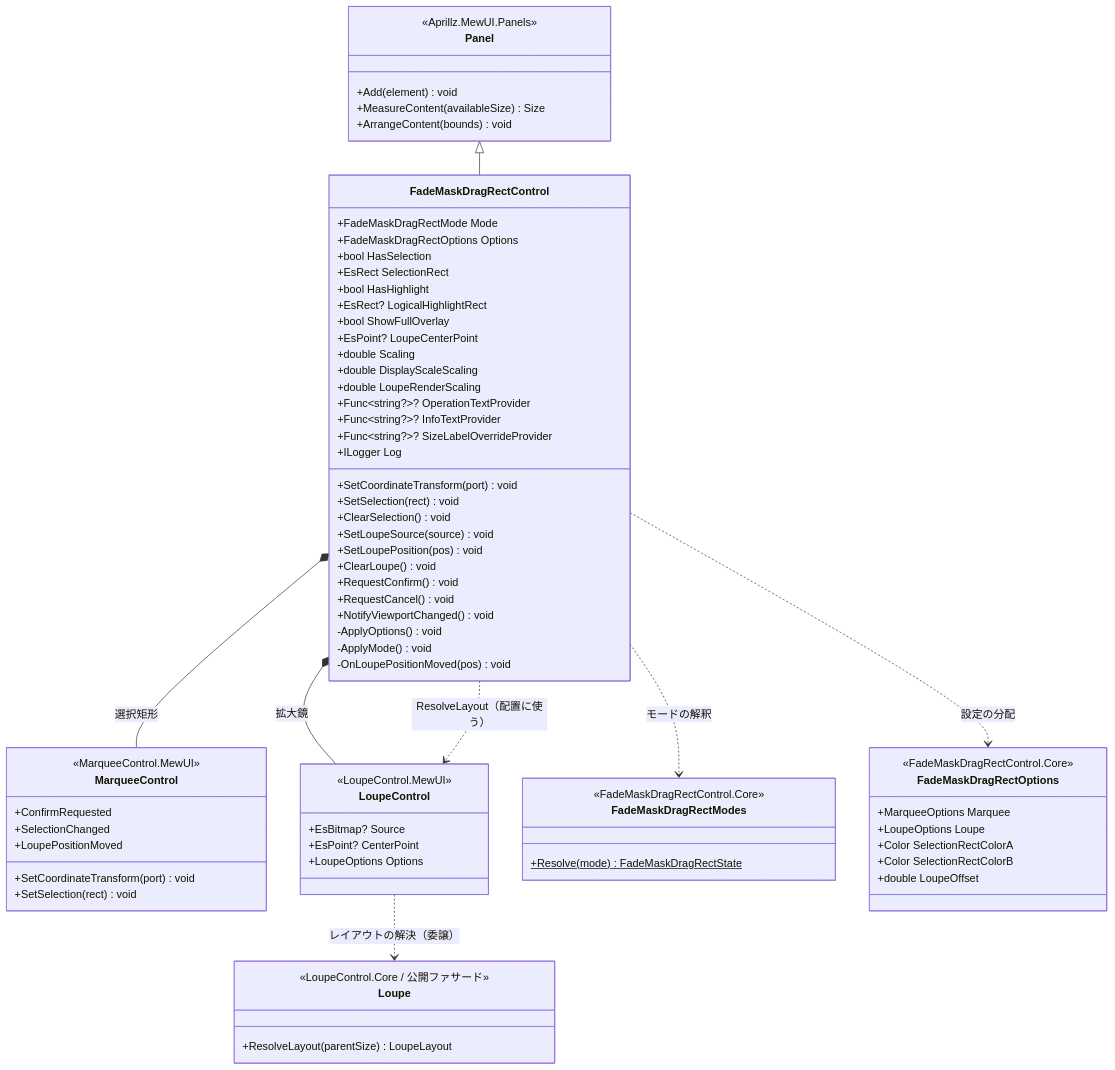
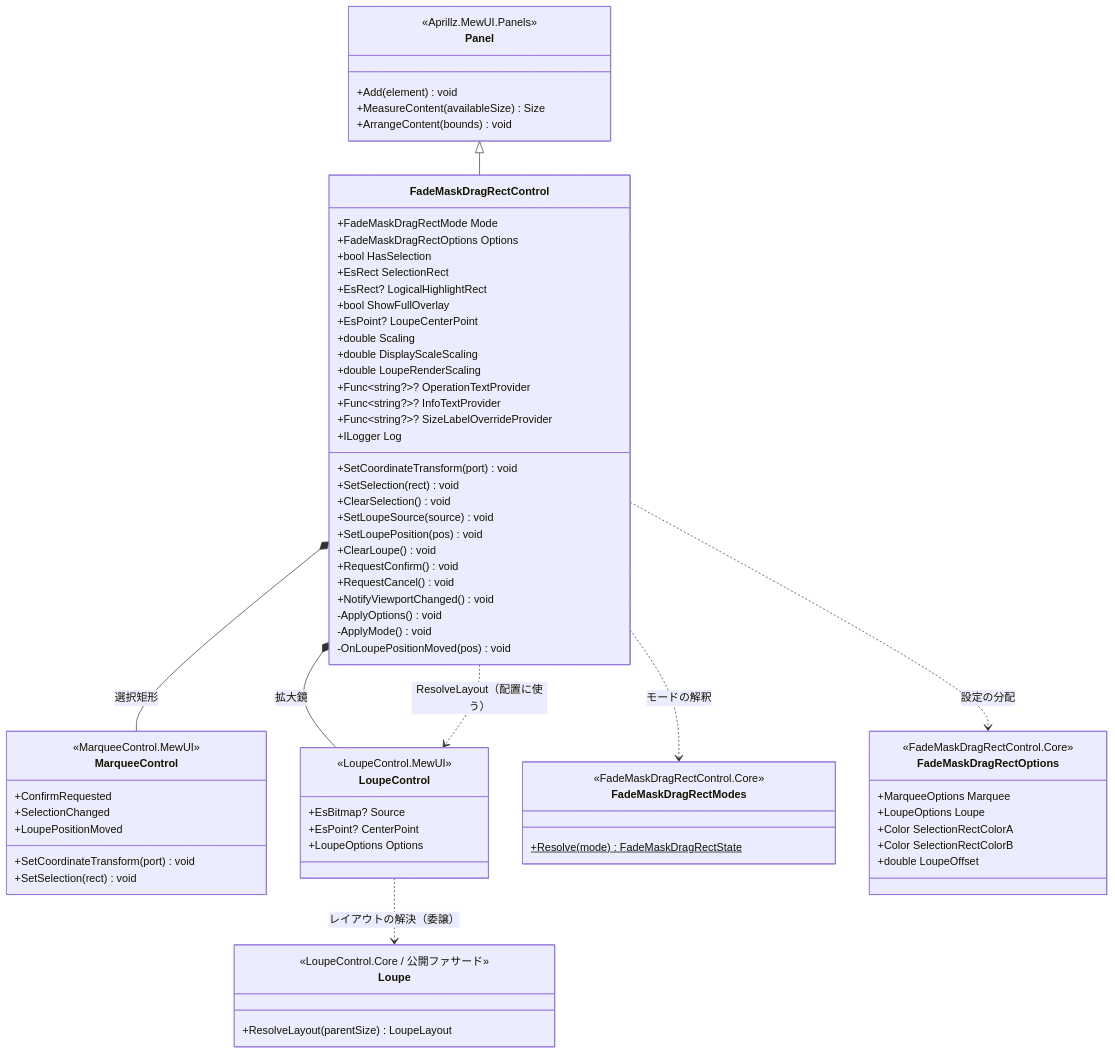
Before and after one commit to tomokuni/SaveEvidence: the first of 4 diagrams in src/FadeMaskDragRectControl.MewUI/SPEC_System.md, drawn with Mermaid. The commit also changed other lines of this file and 220 other files, not shown here.

````diff
--- a/src/FadeMaskDragRectControl.MewUI/SPEC_System.md
+++ b/src/FadeMaskDragRectControl.MewUI/SPEC_System.md
@@ -94,76 +94,75 @@
 ```mermaid
 classDiagram
     class Panel {
         <<Aprillz.MewUI.Panels>>
         +Add(element) void
         +MeasureContent(availableSize) Size
         +ArrangeContent(bounds) void
     }
     class FadeMaskDragRectControl {
         +FadeMaskDragRectMode Mode
         +FadeMaskDragRectOptions Options
         +bool HasSelection
         +EsRect SelectionRect
-        +bool HasHighlight
         +EsRect? LogicalHighlightRect
         +bool ShowFullOverlay
         +EsPoint? LoupeCenterPoint
         +double Scaling
         +double DisplayScaleScaling
         +double LoupeRenderScaling
         +Func~string?~? OperationTextProvider
         +Func~string?~? InfoTextProvider
         +Func~string?~? SizeLabelOverrideProvider
         +ILogger Log
         +SetCoordinateTransform(port) void
         +SetSelection(rect) void
         +ClearSelection() void
         +SetLoupeSource(source) void
         +SetLoupePosition(pos) void
         +ClearLoupe() void
         +RequestConfirm() void
         +RequestCancel() void
         +NotifyViewportChanged() void
         -ApplyOptions() void
         -ApplyMode() void
         -OnLoupePositionMoved(pos) void
     }
     class MarqueeControl {
         <<MarqueeControl.MewUI>>
         +SetCoordinateTransform(port) void
         +SetSelection(rect) void
         +ConfirmRequested
         +SelectionChanged
         +LoupePositionMoved
     }
     class LoupeControl {
         <<LoupeControl.MewUI>>
         +EsBitmap? Source
         +EsPoint? CenterPoint
         +LoupeOptions Options
     }
     class FadeMaskDragRectModes {
         <<FadeMaskDragRectControl.Core>>
         +Resolve(mode)$ FadeMaskDragRectState
     }
     class FadeMaskDragRectOptions {
         <<FadeMaskDragRectControl.Core>>
         +MarqueeOptions Marquee
         +LoupeOptions Loupe
         +Color SelectionRectColorA
         +Color SelectionRectColorB
         +double LoupeOffset
     }
     class Loupe {
         <<LoupeControl.Core / 公開ファサード>>
         +ResolveLayout(parentSize) LoupeLayout
     }
 
     Panel <|-- FadeMaskDragRectControl
     FadeMaskDragRectControl *-- MarqueeControl : 選択矩形
     FadeMaskDragRectControl *-- LoupeControl : 拡大鏡
     FadeMaskDragRectControl ..> FadeMaskDragRectModes : モードの解釈
     FadeMaskDragRectControl ..> FadeMaskDragRectOptions : 設定の分配
     LoupeControl ..> Loupe : レイアウトの解決（委譲）
     FadeMaskDragRectControl ..> LoupeControl : ResolveLayout（配置に使う）
 ```
````
